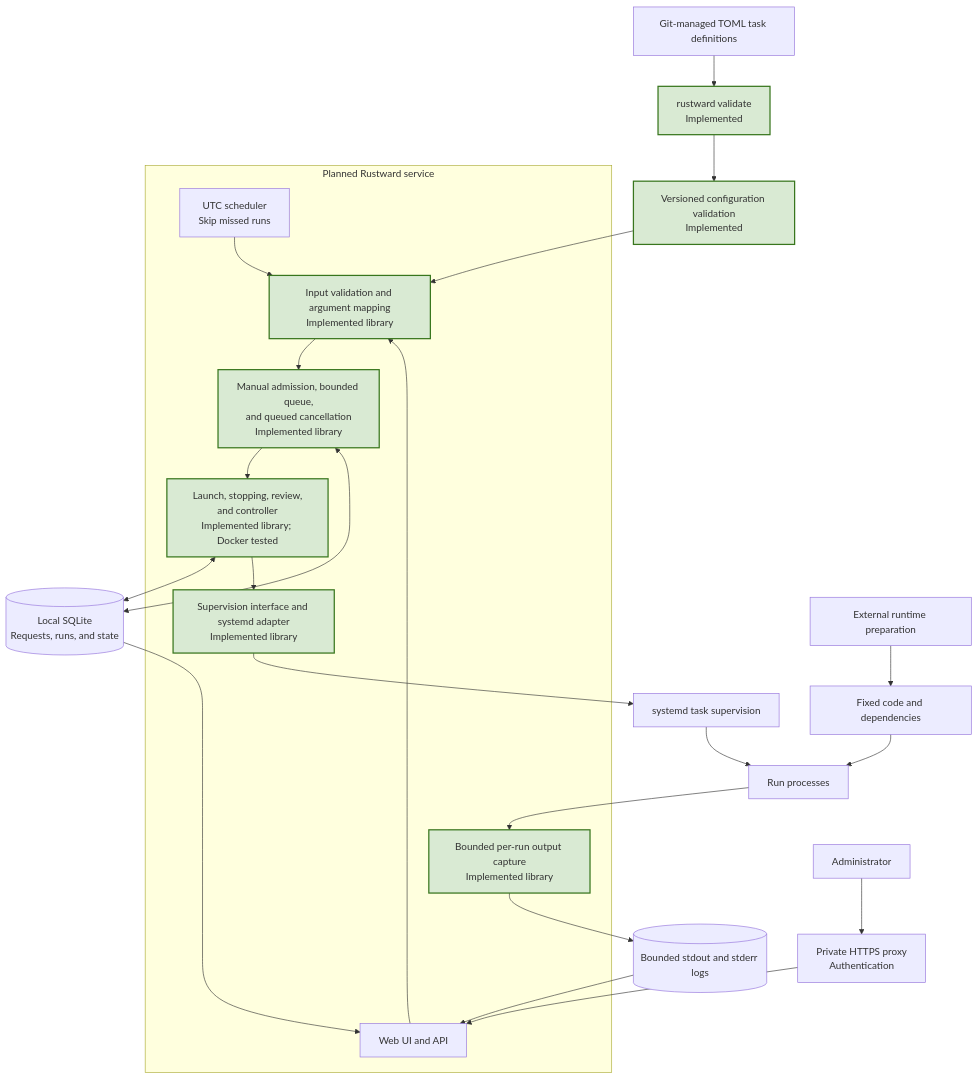
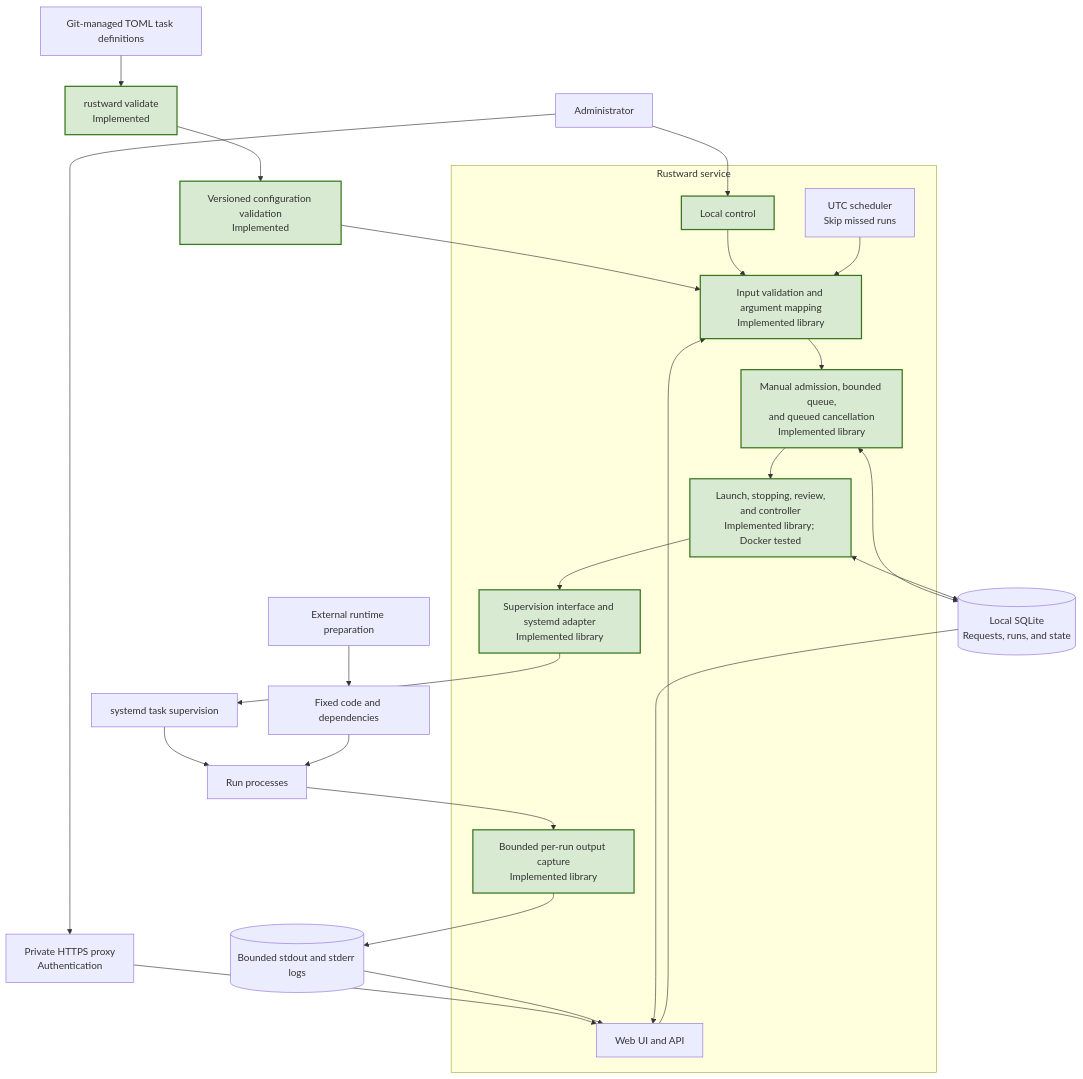
One commit to chrizpower/rustward changed the diagram in docs/ARCHITECTURE.md. Above: the diagram before and after it, drawn with Mermaid. The commit also changed other lines of this file and 26 other files, not shown here.

Commit message:
feat: Run manual tasks through the local service

````diff
--- a/docs/ARCHITECTURE.md
+++ b/docs/ARCHITECTURE.md
@@ -14,46 +14,48 @@
 ```mermaid
 flowchart TB
     Git["Git-managed TOML task definitions"]
     CLI["rustward validate<br/>Implemented"]
     Config["Versioned configuration validation<br/>Implemented"]
 
     Admin["Administrator"]
     Proxy["Private HTTPS proxy<br/>Authentication"]
 
-    subgraph Service["Planned Rustward service"]
+    subgraph Service["Rustward service"]
+        Control["Local control"]
         UI["Web UI and API"]
         Cron["UTC scheduler<br/>Skip missed runs"]
         Inputs["Input validation and argument mapping<br/>Implemented library"]
         Queue["Manual admission, bounded queue,<br/>and queued cancellation<br/>Implemented library"]
         Dispatch["Launch, stopping, review,<br/>and controller<br/>Implemented library; Docker tested"]
         Adapter["Supervision interface and systemd adapter<br/>Implemented library"]
         Capture["Bounded per-run output capture<br/>Implemented library"]
     end
 
     DB[("Local SQLite<br/>Requests, runs, and state")]
     Prepare["External runtime preparation"]
     Runtime["Fixed code and dependencies"]
     Systemd["systemd task supervision"]
     Task["Run processes"]
     Logs[("Bounded stdout and stderr logs")]
 
     Git --> CLI --> Config
     Config --> Inputs
 
     Admin --> Proxy --> UI
+    Admin --> Control --> Inputs
     UI --> Inputs
     Cron --> Inputs
     Inputs --> Queue --> Dispatch
     Queue <--> DB
     Dispatch <--> DB
 
     Prepare --> Runtime
     Dispatch --> Adapter --> Systemd --> Task
     Runtime --> Task
     Task --> Capture --> Logs
     Logs --> UI
     DB --> UI
 
     classDef implemented fill:#d9ead3,stroke:#38761d,stroke-width:2px
-    class CLI,Config,Inputs,Queue,Dispatch,Adapter,Capture implemented
+    class CLI,Config,Control,Inputs,Queue,Dispatch,Adapter,Capture implemented
 ```
````
